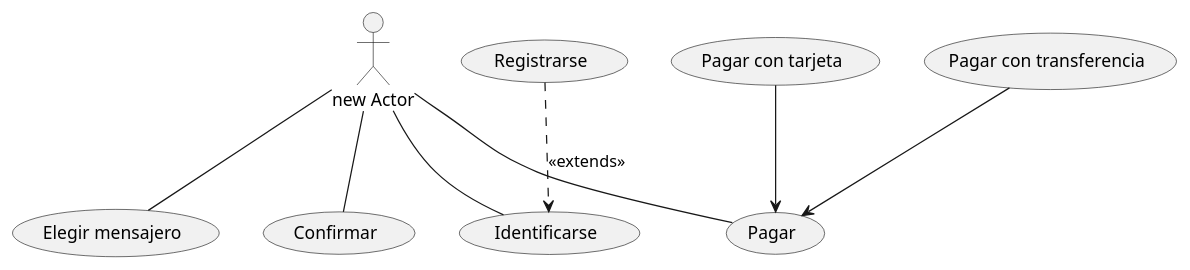
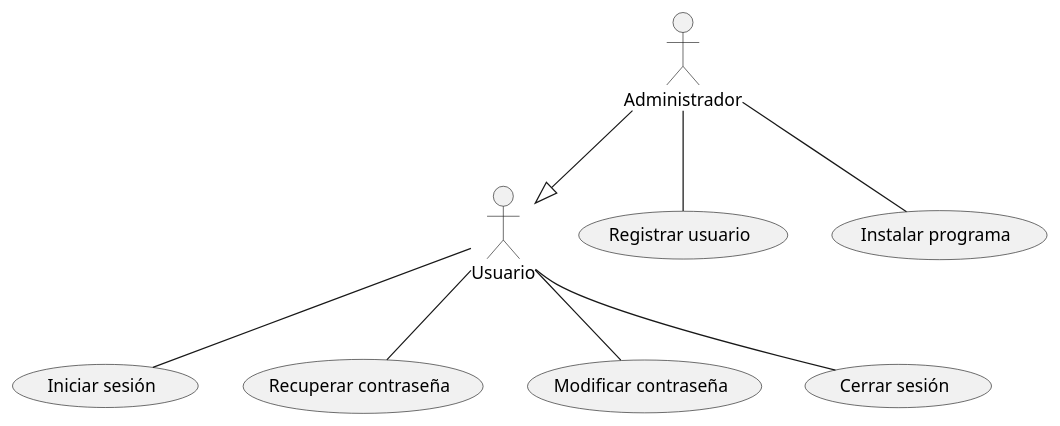
The diagram in Practica1UD12/src/PrimeraPracticaUML.puml (JaimeSoftDev/Practica1UD12UML-Jaime-Macia-Mora), drawn with PlantUML before and after one commit.

Commit message:
Usuarios y administradores

```diff
--- a/Practica1UD12/src/PrimeraPracticaUML.puml
+++ b/Practica1UD12/src/PrimeraPracticaUML.puml
@@ -1,17 +1,18 @@
 @startuml
-:new Actor: as actor1
-(Identificarse) as UC1
-(Registrarse) as UC2
-(Pagar) as UC3
-(Pagar con tarjeta) as UC4
-(Pagar con transferencia) as UC5
-(Elegir mensajero) as UC6
-(Confirmar) as UC7
+:Usuario: as actor1
+:Administrador: as actor2
+
+(Iniciar sesión) as UC1
+(Recuperar contraseña) as UC2
+(Modificar contraseña) as UC3
+(Cerrar sesión) as UC4
+(Registrar usuario) as UC5
+(Instalar programa) as UC6
+actor2 --|> actor1
 actor1 -- UC1
+actor1 -- UC2
 actor1 -- UC3
-actor1 -- UC6
-actor1 -- UC7
-UC2 ..> UC1 : <<extends>>
-UC4 --> UC3
-UC5 --> UC3
+actor1 -- UC4
+actor2 -- UC5
+actor2 -- UC6
 @enduml
```
